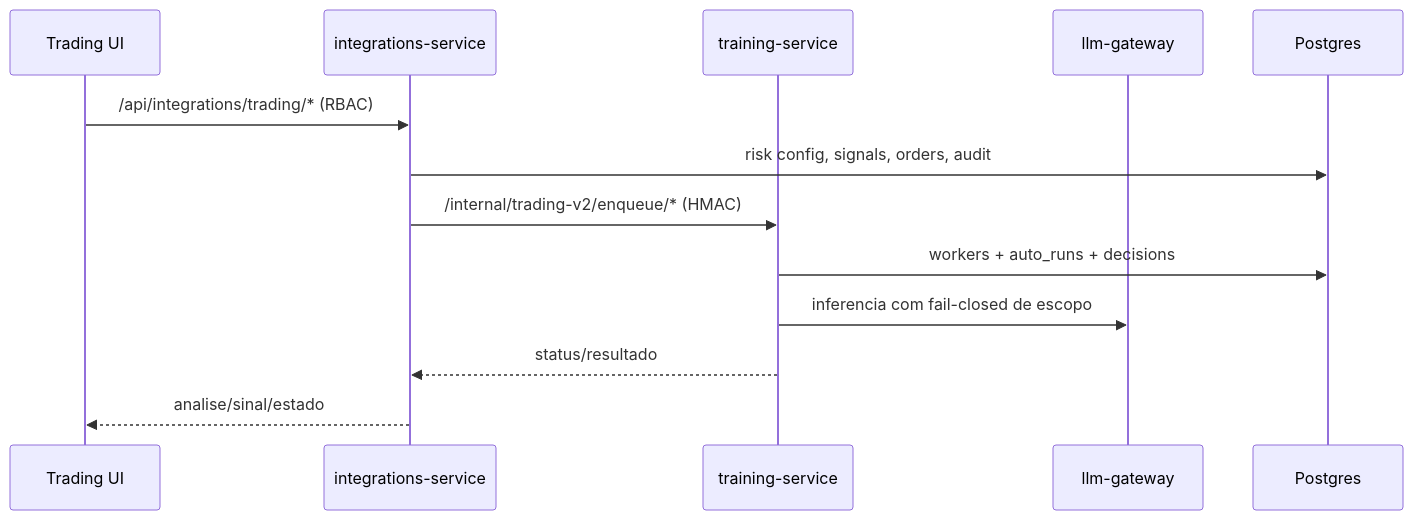
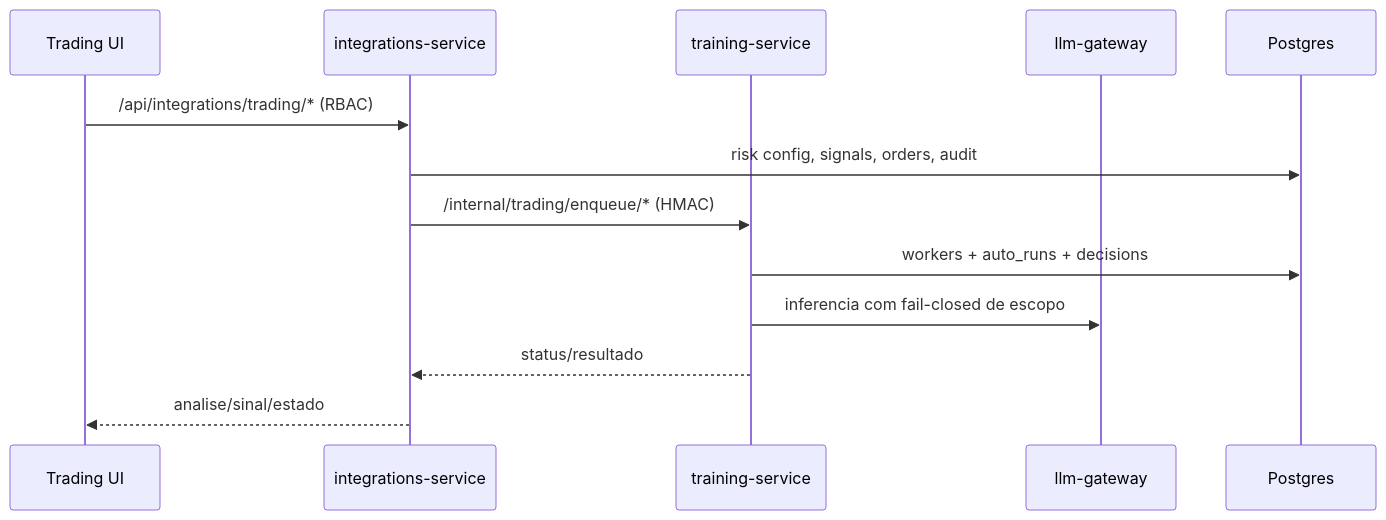
Before and after one commit to fillipeguerrabtc/alice: the third of 5 diagrams in docs/RELATORIO-CODE-REVIEW-ENTERPRISE.md, drawn with Mermaid. The commit also changed other lines of this file and 3 other files, not shown here.

````diff
--- a/docs/RELATORIO-CODE-REVIEW-ENTERPRISE.md
+++ b/docs/RELATORIO-CODE-REVIEW-ENTERPRISE.md
@@ -167,15 +167,15 @@
 ```mermaid
 sequenceDiagram
   participant FE as Trading UI
   participant INT as integrations-service
   participant TR as training-service
   participant LLM as llm-gateway
   participant DB as Postgres
   FE->>INT: /api/integrations/trading/* (RBAC)
   INT->>DB: risk config, signals, orders, audit
-  INT->>TR: /internal/trading-v2/enqueue/* (HMAC)
+  INT->>TR: /internal/trading/enqueue/* (HMAC)
   TR->>DB: workers + auto_runs + decisions
   TR->>LLM: inferencia com fail-closed de escopo
   TR-->>INT: status/resultado
   INT-->>FE: analise/sinal/estado
 ```
````
